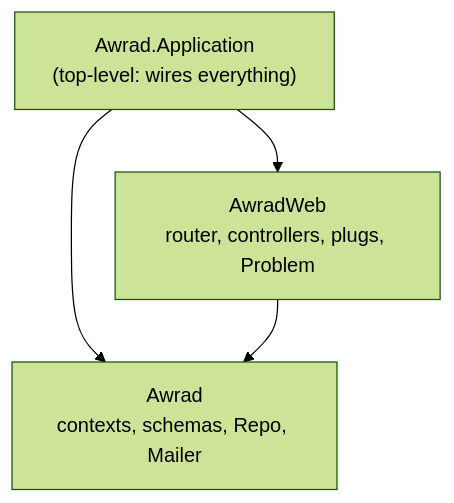
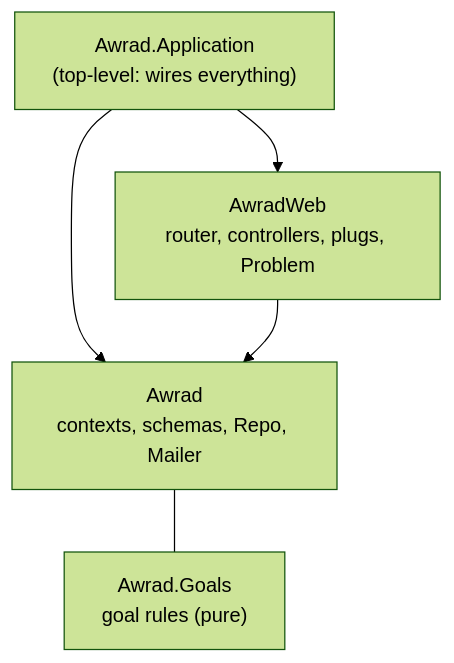
The diagram in awrad-server-next/ARCHITECTURE.md (shibilyt/awrad), drawn with Mermaid (forest theme) before and after one commit. The commit also changed other lines of this file and 34 other files, not shown here.

First line of the commit message:
Slice 1: goal rules in awrad-server-next

````diff
--- a/awrad-server-next/ARCHITECTURE.md
+++ b/awrad-server-next/ARCHITECTURE.md
@@ -10,9 +10,11 @@
 ```mermaid
 flowchart TD
   app["Awrad.Application<br/>(top-level: wires everything)"]
   web["AwradWeb<br/>router, controllers, plugs, Problem"]
   domain["Awrad<br/>contexts, schemas, Repo, Mailer"]
+  goals["Awrad.Goals<br/>goal rules (pure)"]
   app --> web
   app --> domain
   web --> domain
+  domain --- goals
 ```
````
